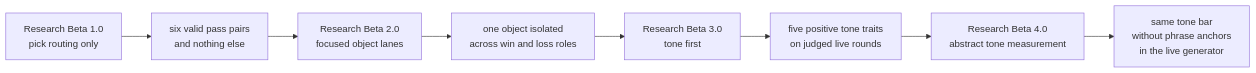
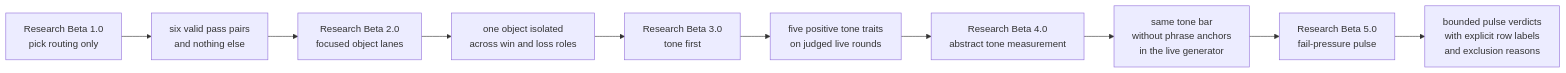
One commit to tryskian/scorey changed the first of 2 diagrams in docs/research/README.md. Above: the diagram before and after it, drawn with Mermaid. The commit also changed other lines of this file and 12 other files, not shown here.

First line of the commit message:
feat: activate beta 5 pulse measurement (#54)

````diff
--- a/docs/research/README.md
+++ b/docs/research/README.md
@@ -252,14 +294,16 @@
 ```mermaid
 flowchart LR
   B1["Research Beta 1.0<br/>pick routing only"]
   B2["Research Beta 2.0<br/>focused object lanes"]
   B3["Research Beta 3.0<br/>tone first"]
   B4["Research Beta 4.0<br/>abstract tone measurement"]
+  B5["Research Beta 5.0<br/>fail-pressure pulse"]
 
   S1["six valid pass pairs<br/>and nothing else"]
   S2["one object isolated<br/>across win and loss roles"]
   S3["five positive tone traits<br/>on judged live rounds"]
   S4["same tone bar<br/>without phrase anchors<br/>in the live generator"]
+  S5["bounded pulse verdicts<br/>with explicit row labels<br/>and exclusion reasons"]
 
-  B1 --> S1 --> B2 --> S2 --> B3 --> S3 --> B4 --> S4
+  B1 --> S1 --> B2 --> S2 --> B3 --> S3 --> B4 --> S4 --> B5 --> S5
 ```
````
